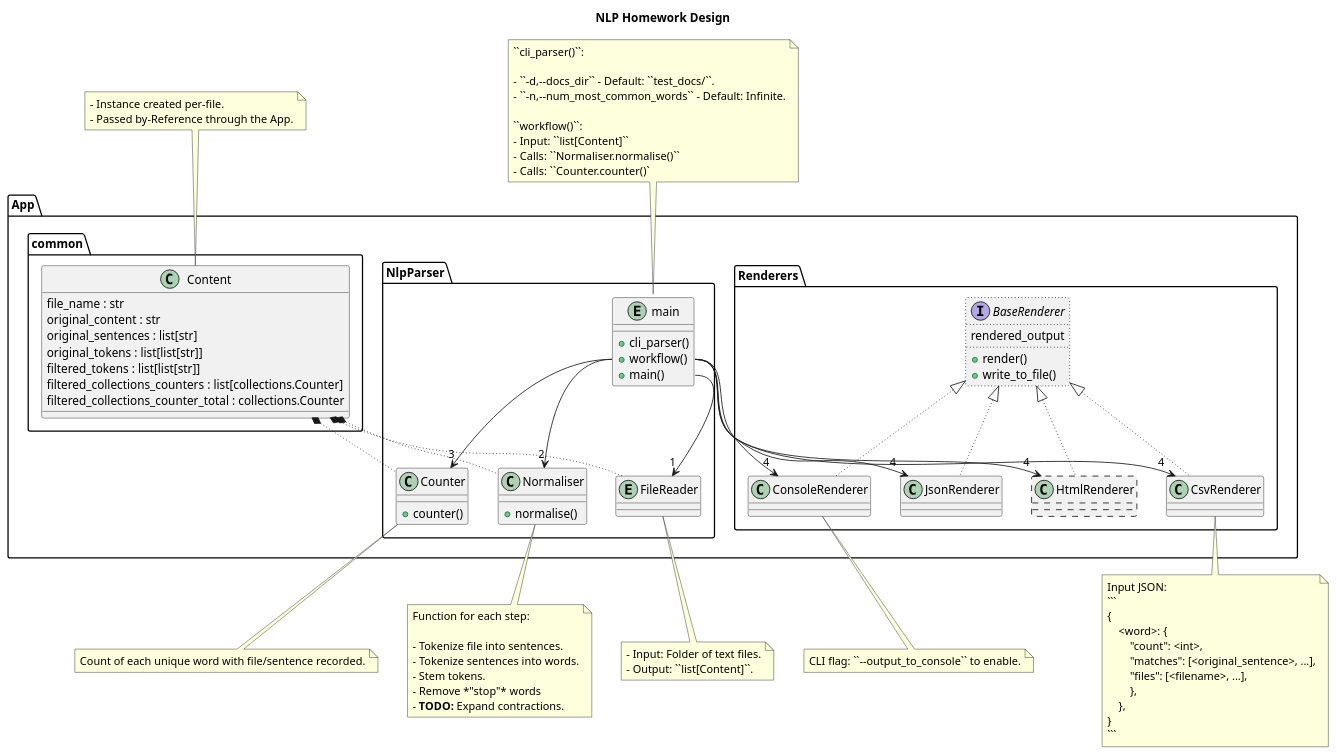
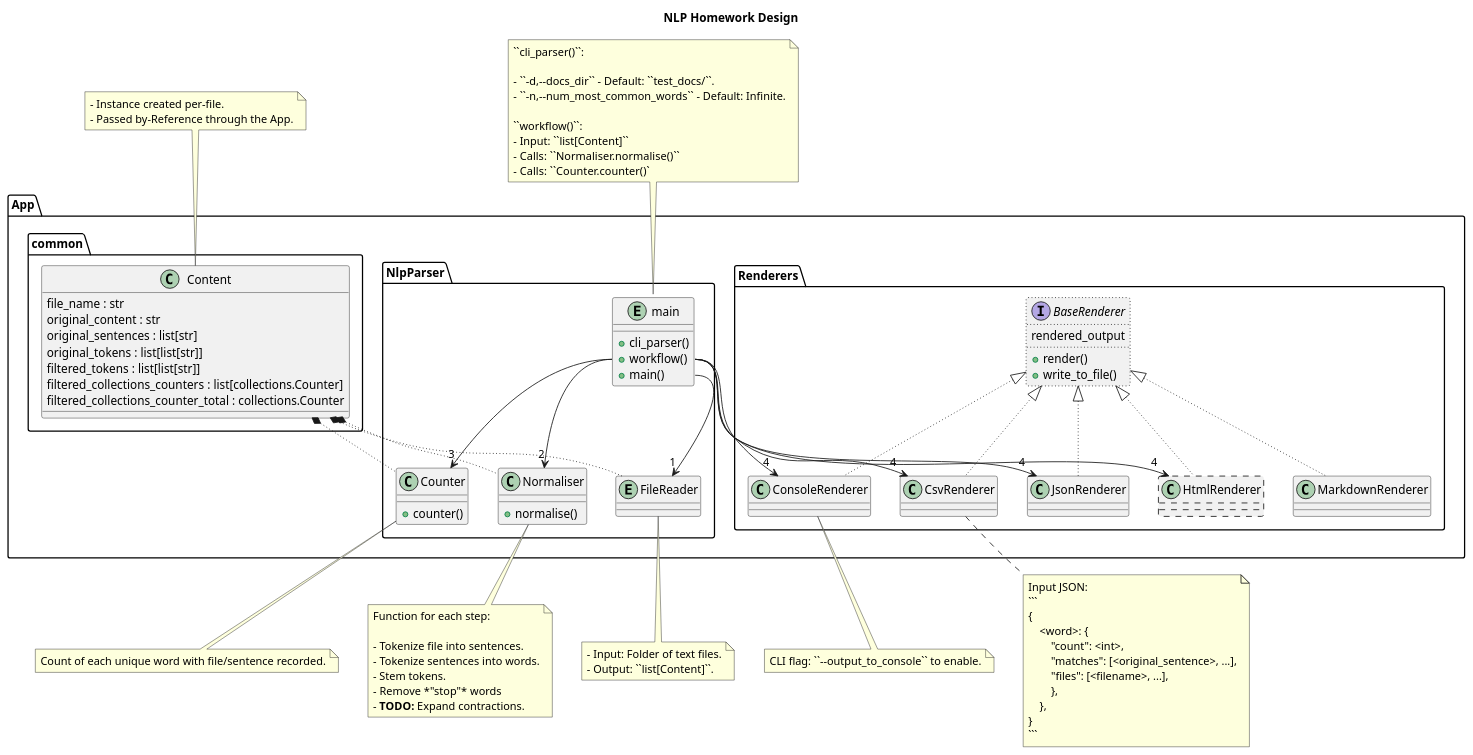
The diagram in docs/design.plantuml (jackson15j/python_homework_nlp), drawn with PlantUML before and after one commit. The commit also changed 3 other files, not shown here.

Commit message:
Added a `MarkdownRenderer`.

````diff
--- a/docs/design.plantuml
+++ b/docs/design.plantuml
@@ -1,118 +1,120 @@
 @startuml design
 title NLP Homework Design
 
 !pragma useNewPackage
 set separator .
 
 
 package App {
         package common {
                 class Content {
                         file_name : str
                         original_content : str
                         original_sentences : list[str]
                         original_tokens : list[list[str]]
                         filtered_tokens : list[list[str]]
                         filtered_collections_counters : list[collections.Counter]
                         filtered_collections_counter_total : collections.Counter
                 }
         }
         package NlpParser {
                 entity main {
                         +cli_parser()
                         +workflow()
                         +main()
                 }
                 entity FileReader
                 class Normaliser {
                         +normalise()
                 }
                 class Counter {
                         +counter()
                 }
         }
         package Renderers {
                 interface BaseRenderer #line.dotted {
                         rendered_output
                         +render()
                         +write_to_file()
                 }
                 class ConsoleRenderer
                 class CsvRenderer
                 class JsonRenderer
                 class HtmlRenderer #line.dashed
+                class MarkdownRenderer
         }
 }
 
 Content *-[dotted]- FileReader
 Content *-[dotted]- Normaliser
 Content *-[dotted]- Counter
 main::main -right->"1" FileReader
 main::workflow -->"2" Normaliser
 main::workflow -->"3" Counter
 main::workflow -->"4" ConsoleRenderer
 main::workflow -->"4" CsvRenderer
 main::workflow -->"4" HtmlRenderer
 main::workflow -->"4" JsonRenderer
 BaseRenderer <|-[dotted]- ConsoleRenderer
 BaseRenderer <|-[dotted]- CsvRenderer
 BaseRenderer <|-[dotted]- HtmlRenderer
 BaseRenderer <|-[dotted]- JsonRenderer
+BaseRenderer <|-[dotted]- MarkdownRenderer
 FileReader -[hidden]left-> Normaliser
 Normaliser -[hidden]left-> Counter
 
 
 note top of Content
         - Instance created per-file.
         - Passed by-Reference through the App.
 end note
 
 note top of main
         ``cli_parser()``:
 
         - ``-d,--docs_dir`` - Default: ``test_docs/``.
         - ``-n,--num_most_common_words`` - Default: Infinite.
 
         ``workflow()``:
         - Input: ``list[Content]``
         - Calls: ``Normaliser.normalise()``
         - Calls: ``Counter.counter()`
 end note
 
 note bottom of FileReader
         - Input: Folder of text files.
         - Output: ``list[Content]``.
 end note
 
 note bottom of Normaliser
         Function for each step:
 
         - Tokenize file into sentences.
         - Tokenize sentences into words.
         - Stem tokens.
         - Remove *"stop"* words
         - <b>TODO:</b> Expand contractions.
 end note
 
 note bottom of Counter
         Count of each unique word with file/sentence recorded.
 end note
 
 note bottom of ConsoleRenderer
         CLI flag: ``--output_to_console`` to enable.
 end note
 
 note bottom of CsvRenderer
         Input JSON:
         ```
         {
             <word>: {
                 "count": <int>,
                 "matches": [<original_sentence>, ...],
                 "files": [<filename>, ...],
                 },
             },
         }
         ```
 end note
 @enduml
````
